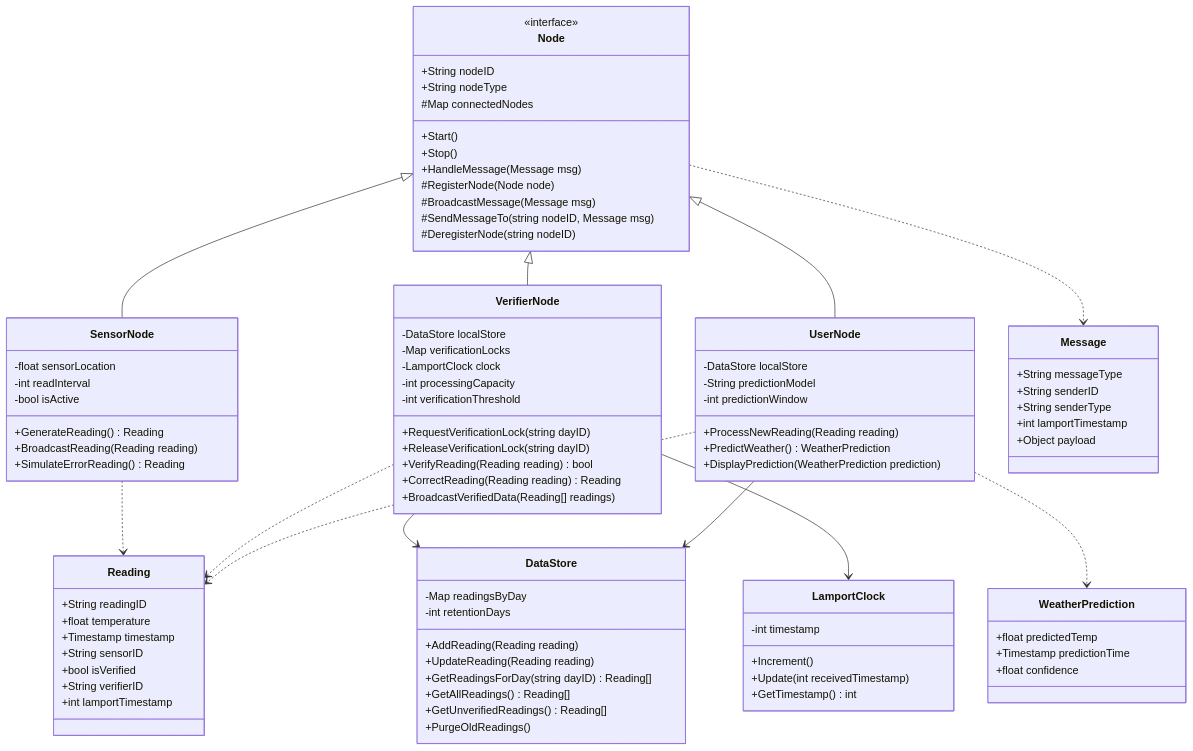
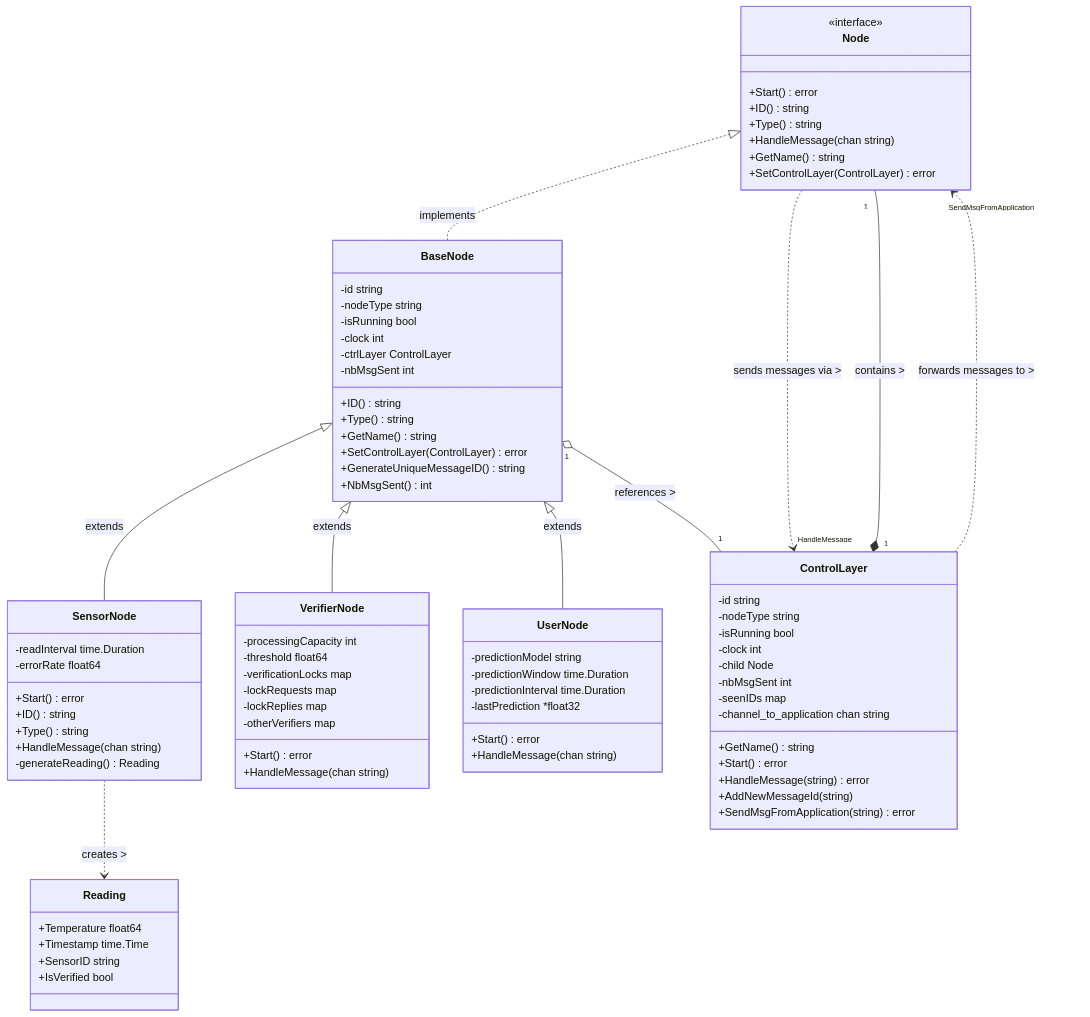
One commit to 4l3x4ndre/Distributed-System-with-Verification changed the fifth of 6 diagrams in README.md. Above: the diagram before and after it, drawn with Mermaid. The commit also changed other lines of this file and 15 other files, not shown here.

Commit message:
Major: distinction control layer vs. application layer

````diff
--- a/README.md
+++ b/README.md
@@ -182,100 +385,93 @@
 classDiagram
     class Node {
         <<interface>>
-        +String nodeID
-        +String nodeType
-        +Start()
-        +Stop()
-        +HandleMessage(Message msg)
-	#Map<string,Node> connectedNodes
-	#RegisterNode(Node node)
-	#BroadcastMessage(Message msg)
-	#SendMessageTo(string nodeID, Message msg)
-	#DeregisterNode(string nodeID)
+        +Start() error
+        +ID() string
+        +Type() string
+        +HandleMessage(chan string)
+        +GetName() string
+        +SetControlLayer(ControlLayer) error
     }
-    
+
+    class BaseNode {
+        -id string
+        -nodeType string
+        -isRunning bool
+        -clock int
+        -ctrlLayer ControlLayer
+        -nbMsgSent int
+        +ID() string
+        +Type() string
+        +GetName() string
+        +SetControlLayer(ControlLayer) error
+        +GenerateUniqueMessageID() string
+        +NbMsgSent() int
+    }
+
     class SensorNode {
-        -float sensorLocation
-        -int readInterval
-        -bool isActive
-        +GenerateReading() Reading
-        +BroadcastReading(Reading reading)
-        +SimulateErrorReading() Reading
+        -readInterval time.Duration
+        -errorRate float64
+        +Start() error
+        +ID() string
+        +Type() string
+        +HandleMessage(chan string)
+        -generateReading() Reading
     }
-    
+
     class VerifierNode {
-        -DataStore localStore
-        -Map<string,bool> verificationLocks
-        -LamportClock clock
-        -int processingCapacity
-        -int verificationThreshold
-        +RequestVerificationLock(string dayID)
-        +ReleaseVerificationLock(string dayID)
-        +VerifyReading(Reading reading) bool
-        +CorrectReading(Reading reading) Reading
-        +BroadcastVerifiedData(Reading[] readings)
+        -processingCapacity int
+        -threshold float64
+        -verificationLocks map
+        -lockRequests map
+        -lockReplies map
+        -otherVerifiers map
+        +Start() error
+        +HandleMessage(chan string)
     }
 
     class UserNode {
-        -DataStore localStore
-        -String predictionModel
-        -int predictionWindow
-        +ProcessNewReading(Reading reading)
-        +PredictWeather() WeatherPrediction
-        +DisplayPrediction(WeatherPrediction prediction)
+        -predictionModel string
+        -predictionWindow time.Duration
+        -predictionInterval time.Duration
+        -lastPrediction *float32
+        +Start() error
+        +HandleMessage(chan string)
     }
+
+    class ControlLayer {
+        -id string
+        -nodeType string
+        -isRunning bool
+        -clock int
+        -child Node
+        -nbMsgSent int
+        -seenIDs map
+        -channel_to_application chan string
+        +GetName() string
+        +Start() error
+        +HandleMessage(string) error
+        +AddNewMessageId(string)
+        +SendMsgFromApplication(string) error
+    }
+	
+    class Reading {
+        +Temperature float64
+        +Timestamp time.Time
+        +SensorID string
+        +IsVerified bool
+    }
+
+    %% Relationships
+    Node <|.. BaseNode : implements
+    BaseNode <|-- SensorNode : extends
+    BaseNode <|-- VerifierNode : extends
+    BaseNode <|-- UserNode : extends
     
-    class Reading {
-        +String readingID
-        +float temperature
-        +Timestamp timestamp
-        +String sensorID
-        +bool isVerified
-        +String verifierID
-        +int lamportTimestamp
-    }
-    
-    class DataStore {
-        -Map<string,Reading[]> readingsByDay
-        -int retentionDays
-        +AddReading(Reading reading)
-        +UpdateReading(Reading reading)
-        +GetReadingsForDay(string dayID) Reading[]
-        +GetAllReadings() Reading[]
-        +GetUnverifiedReadings() Reading[]
-	+PurgeOldReadings()
-    }
-    
-    class WeatherPrediction {
-        +float predictedTemp
-        +Timestamp predictionTime
-        +float confidence
-    }
-    
-    class Message {
-        +String messageType
-        +String senderID
-        +String senderType
-        +int lamportTimestamp
-        +Object payload
-    }
-    
-    class LamportClock {
-        -int timestamp
-        +Increment()
-        +Update(int receivedTimestamp)
-        +GetTimestamp() int
-    }
-    
-    Node <|-- SensorNode
-    Node <|-- VerifierNode
-    Node <|-- UserNode
-    VerifierNode --> DataStore
-    UserNode --> DataStore
-    SensorNode ..> Reading
-    VerifierNode ..> Reading
-    UserNode ..> Reading
-    UserNode ..> WeatherPrediction
-    Node ..> Message
-    VerifierNode --> LamportClock
+    ControlLayer "1" *-- "1" Node : contains >
+    BaseNode "1" o-- "1" ControlLayer : references >
+    SensorNode ..> Reading : creates >
+
+    %% Control relationships
+    ControlLayer ..> "SendMsgFromApplication" Node : forwards messages to >
+    Node ..> "HandleMessage" ControlLayer : sends messages via >
 ```
````
